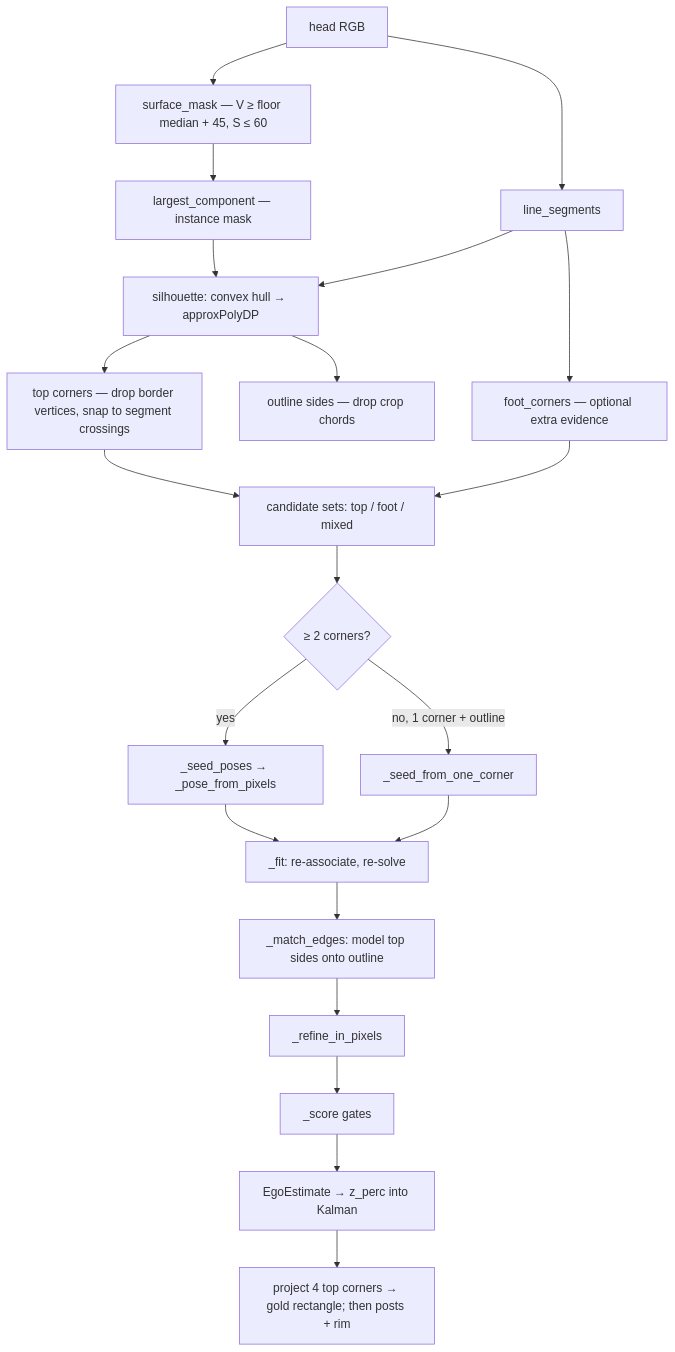
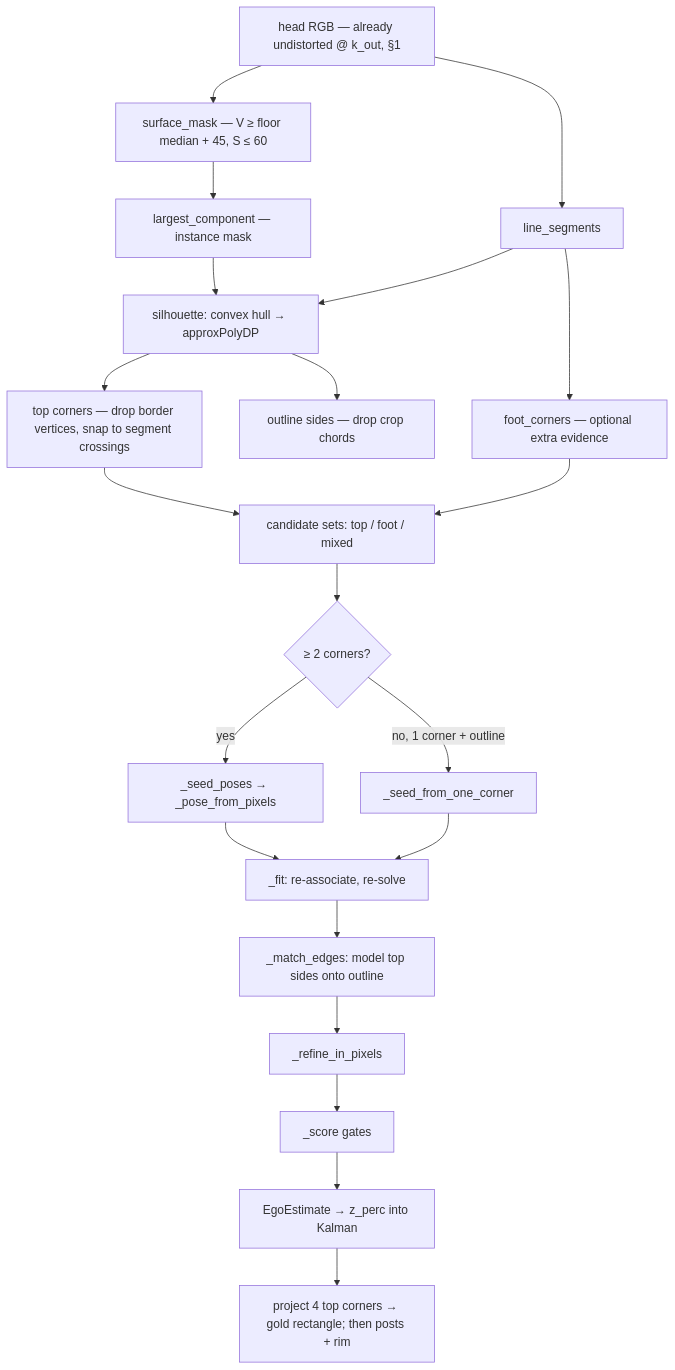
One commit to ostjul/camelo-ebim-task2-phase2-submission changed the second of 2 diagrams in camelo/control/perception_based_navigation.md. Above: the diagram before and after it, drawn with Mermaid. The commit also changed other lines of this file and 257 other files, not shown here.

````diff
--- a/camelo/control/perception_based_navigation.md
+++ b/camelo/control/perception_based_navigation.md
@@ -281,23 +285,23 @@
 ```mermaid
 flowchart TD
-  rgb["head RGB"] --> hsv["surface_mask — V ≥ floor median + 45, S ≤ 60"]
+  rgb["head RGB — already undistorted @ k_out, §1"] --> hsv["surface_mask — V ≥ floor median + 45, S ≤ 60"]
   hsv --> cc["largest_component — instance mask"]
   rgb --> hough["line_segments"]
   cc --> hull["silhouette: convex hull → approxPolyDP"]
   hough --> hull
   hull --> verts["top corners — drop border vertices, snap to segment crossings"]
   hull --> sides["outline sides — drop crop chords"]
   hough --> feet["foot_corners — optional extra evidence"]
   verts --> sets["candidate sets: top / foot / mixed"]
   feet --> sets
   sets --> seed{"≥ 2 corners?"}
   seed -->|yes| pair["_seed_poses → _pose_from_pixels"]
   seed -->|no, 1 corner + outline| one["_seed_from_one_corner"]
   pair --> grow["_fit: re-associate, re-solve"]
   one --> grow
   grow --> edges["_match_edges: model top sides onto outline"]
   edges --> gn["_refine_in_pixels"]
   gn --> gates["_score gates"]
   gates --> est["EgoEstimate → z_perc into Kalman"]
   est --> draw["project 4 top corners → gold rectangle; then posts + rim"]
 ```
````
